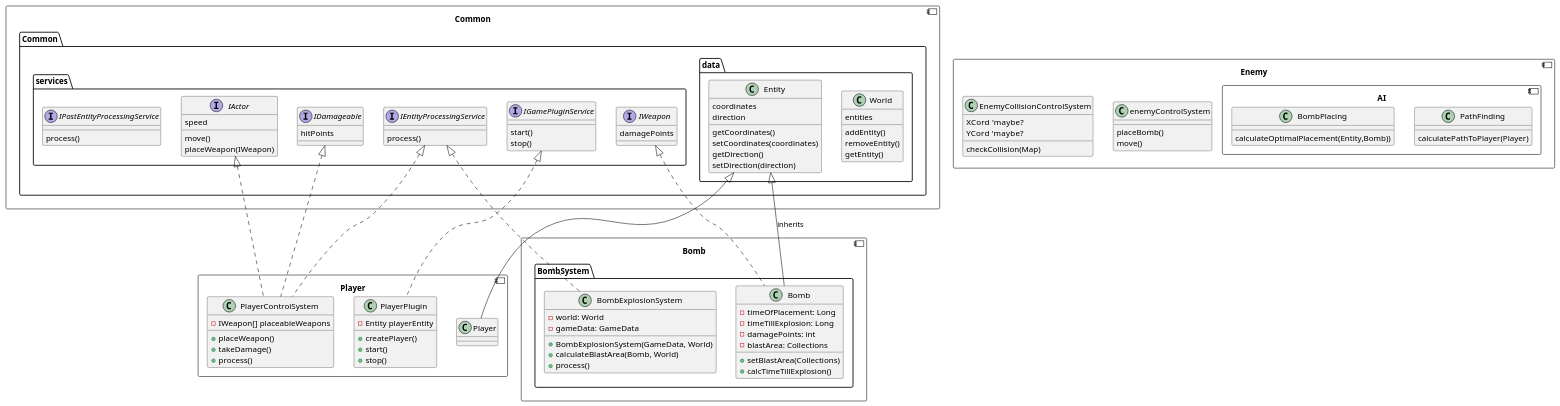
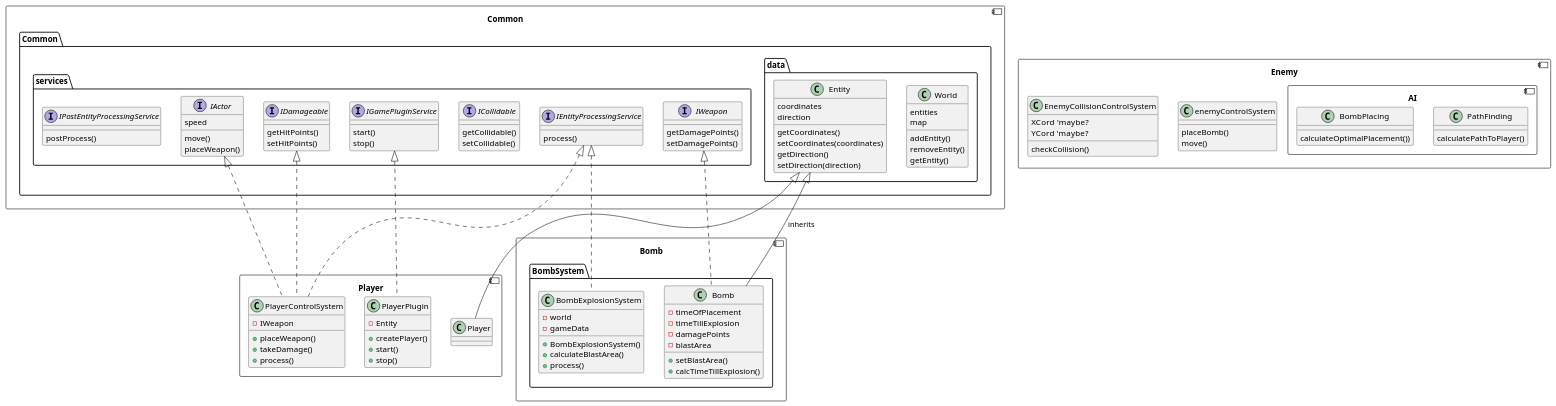
Before and after one commit to TidosDK/boom-battle: the diagram in Documentation/class_diagram.puml, drawn with PlantUML.

Commit message:
Removed all types from diagram

```diff
--- a/Documentation/class_diagram.puml
+++ b/Documentation/class_diagram.puml
@@ -1,143 +1,151 @@
 @startuml
 component Common {
     package Common {
 
         package services {
             interface IActor {
                 speed
                 move()
-                placeWeapon(IWeapon)
+                placeWeapon()
             }
 
             interface IWeapon {
-                damagePoints
+                getDamagePoints()
+                setDamagePoints()
+            }
+
+            interface ICollidable {
+                getCollidable()
+                setCollidable()
             }
 
             interface IDamageable {
-                hitPoints
+                getHitPoints()
+                setHitPoints()
             }
 
             interface IGamePluginService {
                 start()
                 stop()
             }
 
             interface IEntityProcessingService {
                 process()
             }
 
             interface IPostEntityProcessingService {
-                process()
+                postProcess()
             }
         }
 
         package data {
             class World {
                 entities
+                map
                 addEntity()
                 removeEntity()
                 getEntity()
             }
 
             class Entity {
                 coordinates
                 direction
 
                 getCoordinates()
                 setCoordinates(coordinates)
                 getDirection()
                 setDirection(direction)
             }
         }
     }
 
 
 '	component Parts {
 '		interface EntityPart {
 '			process()
 '		}
 '
 '		class LifePart implements EntityPart {
 '		}
 '
 '		class MovingPart implements EntityPart {
 '		}
 '
 '		class PositionPart implements EntityPart {
 '		}
 '
 '	}
 }
 component Bomb{
     package BombSystem {
         class Bomb implements Common.Common.services.IWeapon{
-            - timeOfPlacement: Long
-            - timeTillExplosion: Long
-            - damagePoints: int
-            - blastArea: Collections
-            + setBlastArea(Collections)
+            - timeOfPlacement
+            - timeTillExplosion
+            - damagePoints
+            - blastArea
+            + setBlastArea()
             + calcTimeTillExplosion()
         }
         Bomb --|> Entity : inherits
 
         class BombExplosionSystem implements Common.Common.services.IEntityProcessingService {
-            - world: World
-            - gameData: GameData
-            + BombExplosionSystem(GameData, World)
-            + calculateBlastArea(Bomb, World)
+            - world
+            - gameData
+            + BombExplosionSystem()
+            + calculateBlastArea()
             + process()
         }
     }
 }
 
 component Enemy{
     class enemyControlSystem{
         placeBomb()
         move()
     }
     component AI{
     'maybe an interface
         class PathFinding{
-            calculatePathToPlayer(Player)
+            calculatePathToPlayer()
         }
 
         class BombPlacing {
-            calculateOptimalPlacement(Entity,Bomb))
+            calculateOptimalPlacement())
         }
     }
 
     class EnemyCollisionControlSystem{
         XCord  'maybe?
         YCord  'maybe?
-        checkCollision(Map)
+        checkCollision()
     }
 }
 	
 component Player {
     class Player {
     }
 
     class PlayerControlSystem {
-    - IWeapon[] placeableWeapons
+    - IWeapon
     + placeWeapon()
     + takeDamage()
     + process()
     }
 
     class PlayerPlugin {
-    - Entity playerEntity
+    - Entity
     + createPlayer()
     + start()
     + stop()
     }
 
     Common.Common.services.IActor <|.. Player.PlayerControlSystem
     Common.Common.services.IDamageable <|.. Player.PlayerControlSystem
     Common.Common.data.Entity <|-- Player.Player
     Common.Common.services.IEntityProcessingService <|.. Player.PlayerControlSystem
     Common.Common.services.IGamePluginService <|.. Player.PlayerPlugin
 }
 
 
 
 @enduml
```
